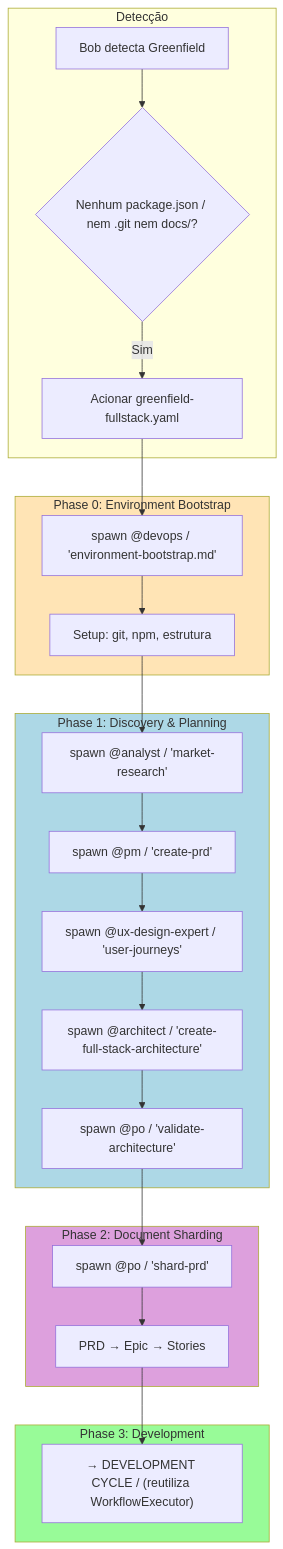
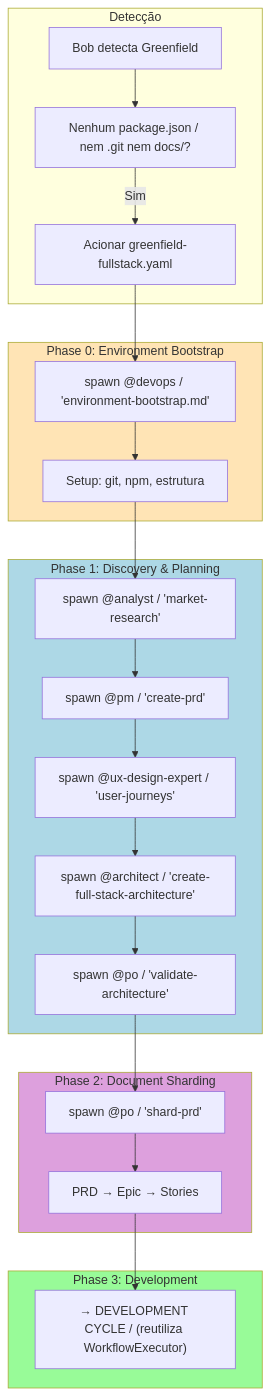
Before and after one commit to bychrisr/aios-docs: the eighth of 17 diagrams in content/en/docs/aios-workflows/bob-orchestrator-workflow.mdx, drawn with Mermaid. The commit also changed other lines of this file and 40 other files, not shown here.

````diff
--- a/content/en/docs/aios-workflows/bob-orchestrator-workflow.mdx
+++ b/content/en/docs/aios-workflows/bob-orchestrator-workflow.mdx
@@ -563,34 +563,34 @@
 ```mermaid
 flowchart TB
     subgraph DETECT["Detecção"]
-        A["Bob detecta Greenfield"] --> B{"Nenhum package.json / nem .git nem docs/?"}
+        A["Bob detecta Greenfield"] --> B["Nenhum package.json / nem .git nem docs/?"]
         B -->|Sim| C["Acionar greenfield-fullstack.yaml"]
     end
 
     subgraph PHASE0["Phase 0: Environment Bootstrap"]
         C --> D["spawn @devops / 'environment-bootstrap.md'"]
         D --> E["Setup: git, npm, estrutura"]
     end
 
-    subgraph PHASE1["Phase 1: Discovery & Planning"]
+    subgraph PHASE1["Phase 1: Discovery &amp; Planning"]
         E --> F["spawn @analyst / 'market-research'"]
         F --> G["spawn @pm / 'create-prd'"]
         G --> H["spawn @ux-design-expert / 'user-journeys'"]
         H --> I["spawn @architect / 'create-full-stack-architecture'"]
         I --> J["spawn @po / 'validate-architecture'"]
     end
 
     subgraph PHASE2["Phase 2: Document Sharding"]
         J --> K["spawn @po / 'shard-prd'"]
         K --> L["PRD → Epic → Stories"]
     end
 
     subgraph PHASE3["Phase 3: Development"]
         L --> M["→ DEVELOPMENT CYCLE / (reutiliza WorkflowExecutor)"]
     end
 
     style PHASE0 fill:#FFE4B5
     style PHASE1 fill:#ADD8E6
     style PHASE2 fill:#DDA0DD
     style PHASE3 fill:#98FB98
 ```
````
